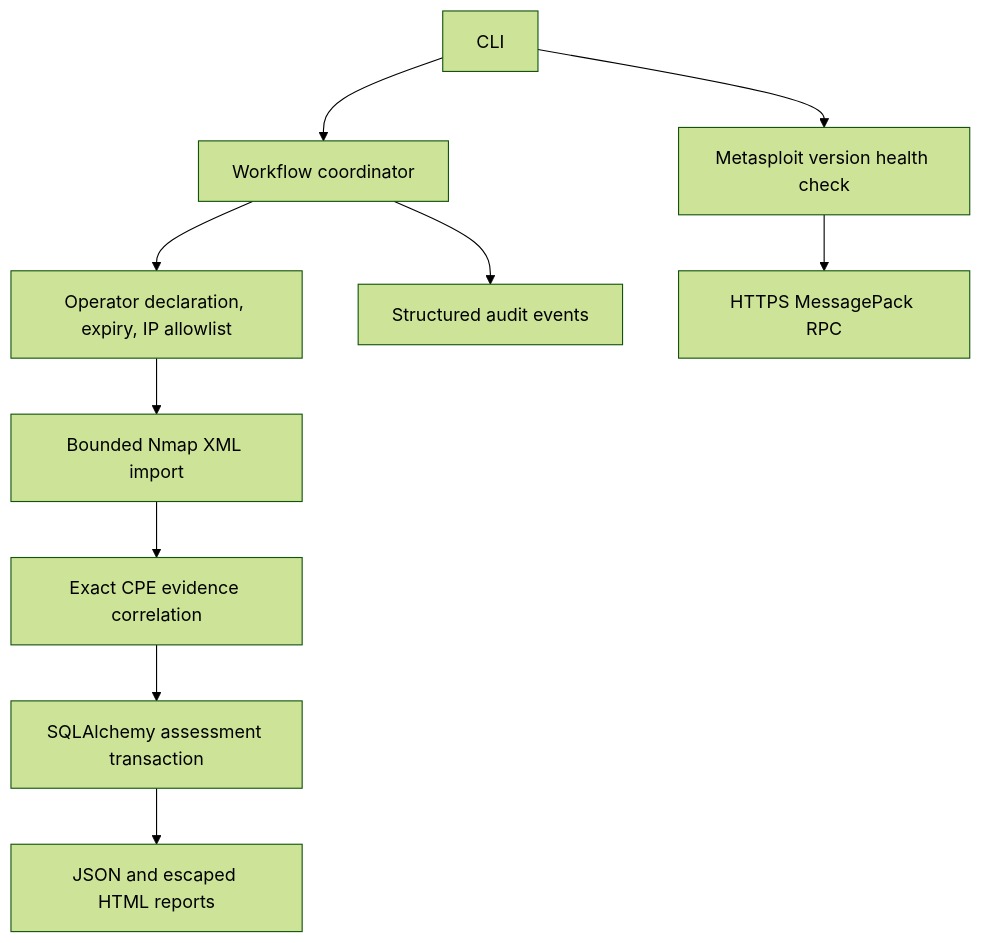
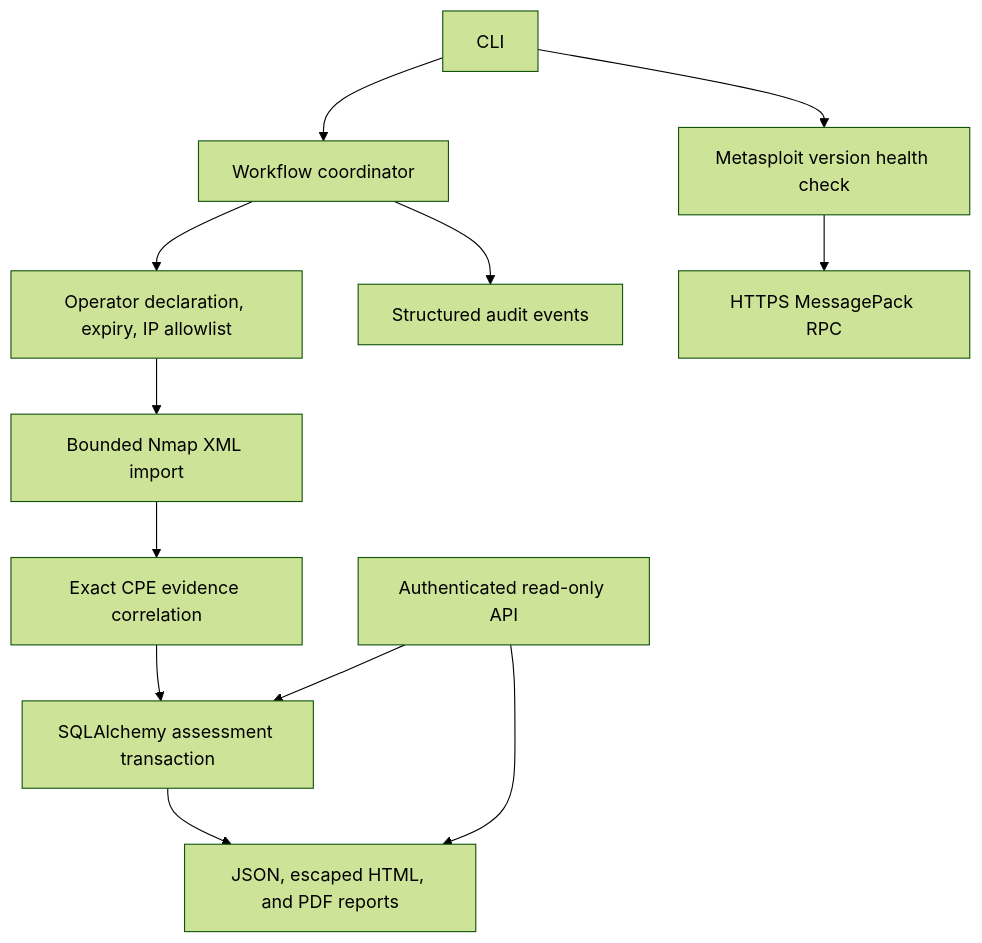
The diagram in docs/architecture.md (ryolution/RedOps), drawn with Mermaid (forest theme) before and after one commit. The commit also changed other lines of this file and 28 other files, not shown here.

Commit message:
Add authenticated assessment API, PDF reports, and deployment checks

````diff
--- a/docs/architecture.md
+++ b/docs/architecture.md
@@ -11,12 +11,14 @@
 ```mermaid
 flowchart TD
     CLI[CLI] --> Workflow[Workflow coordinator]
     Workflow --> Scope[Operator declaration, expiry, IP allowlist]
     Scope --> Import[Bounded Nmap XML import]
     Import --> Intelligence[Exact CPE evidence correlation]
     Intelligence --> Store[SQLAlchemy assessment transaction]
-    Store --> Reports[JSON and escaped HTML reports]
+    Store --> Reports[JSON, escaped HTML, and PDF reports]
+    API[Authenticated read-only API] --> Store
+    API --> Reports
     Workflow --> Audit[Structured audit events]
     CLI --> Health[Metasploit version health check]
     Health --> RPC[HTTPS MessagePack RPC]
 ```
````
